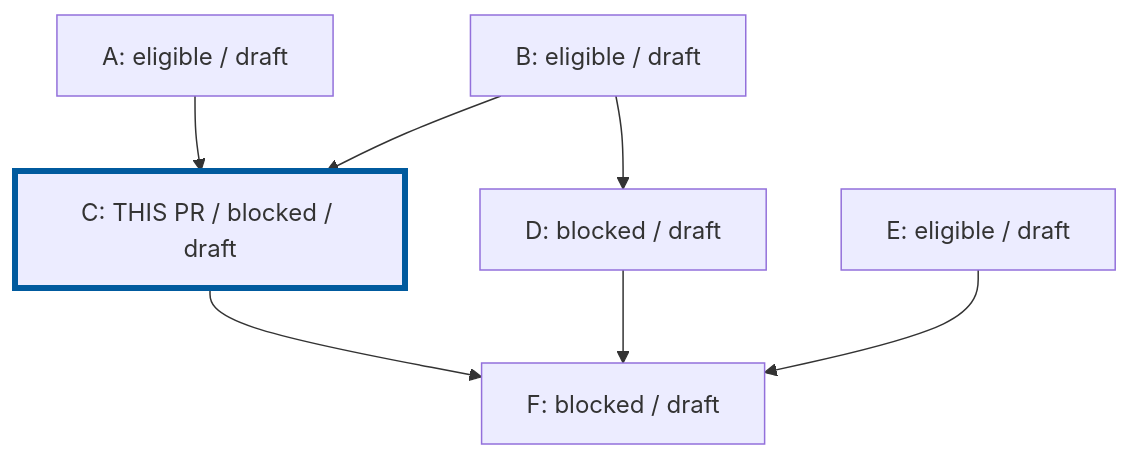
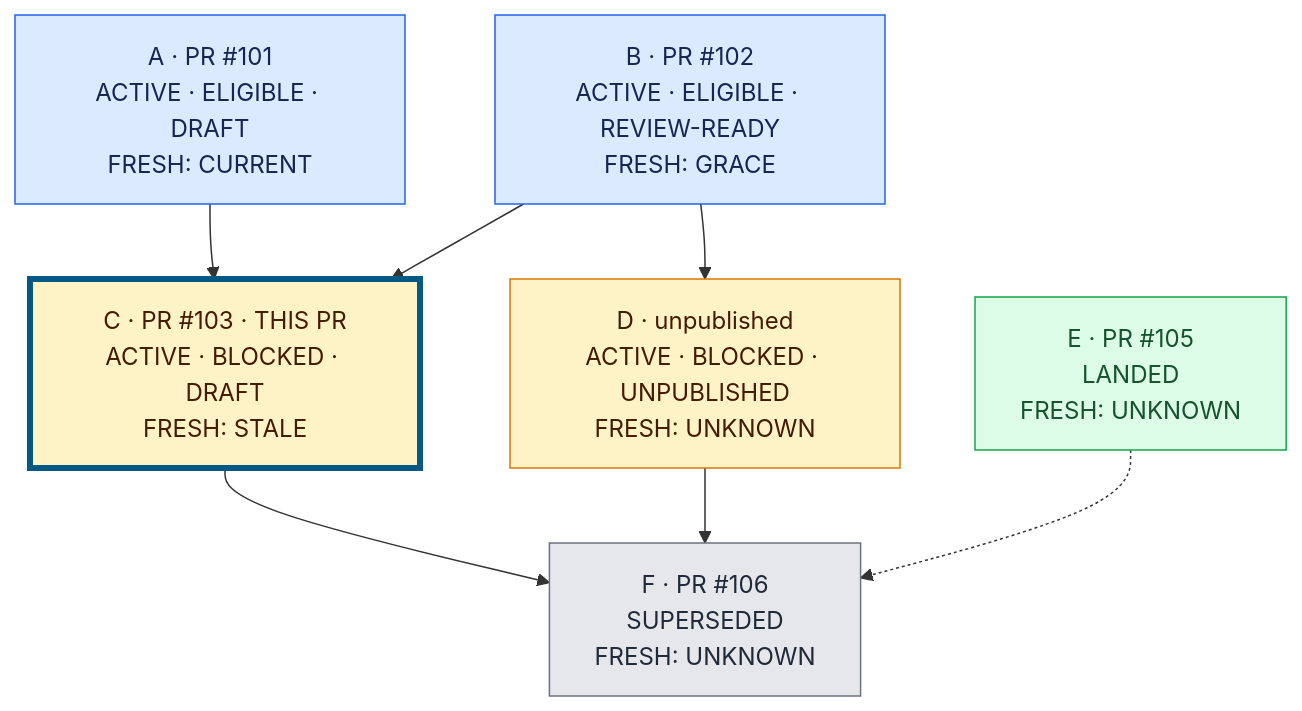
Before and after one commit to khmakoto/copilot-skills: the diagram in skills/pr-graph/references/pr-diagrams.md, drawn with Mermaid. The commit also changed other lines of this file and 2 other files, not shown here.

First line of the commit message:
Improve pr-graph diagram readability (#28)

````diff
--- a/skills/pr-graph/references/pr-diagrams.md
+++ b/skills/pr-graph/references/pr-diagrams.md
@@ -33,17 +56,25 @@
 ```mermaid
 flowchart TD
-    n_a["A: eligible / draft"]
-    n_b["B: eligible / draft"]
-    n_c["C: THIS PR / blocked / draft"]
-    n_d["D: blocked / draft"]
-    n_e["E: eligible / draft"]
-    n_f["F: blocked / draft"]
+    n_a["A · PR #101<br/>ACTIVE · ELIGIBLE · DRAFT<br/>FRESH: CURRENT"]
+    n_b["B · PR #102<br/>ACTIVE · ELIGIBLE · REVIEW-READY<br/>FRESH: GRACE"]
+    n_c["C · PR #103 · THIS PR<br/>ACTIVE · BLOCKED · DRAFT<br/>FRESH: STALE"]
+    n_d["D · unpublished<br/>ACTIVE · BLOCKED · UNPUBLISHED<br/>FRESH: UNKNOWN"]
+    n_e["E · PR #105<br/>LANDED<br/>FRESH: UNKNOWN"]
+    n_f["F · PR #106<br/>SUPERSEDED<br/>FRESH: UNKNOWN"]
     n_a --> n_c
     n_b --> n_c
     n_b --> n_d
     n_c --> n_f
     n_d --> n_f
-    n_e --> n_f
-    classDef current stroke:#005a9e,stroke-width:4px
-    class n_c current
+    n_e -.-> n_f
+    classDef eligible fill:#dbeafe,stroke:#2563eb,color:#172554
+    classDef blocked fill:#fef3c7,stroke:#d97706,color:#451a03
+    classDef landed fill:#dcfce7,stroke:#16a34a,color:#14532d
+    classDef superseded fill:#e5e7eb,stroke:#6b7280,color:#1f2937
+    classDef selected stroke:#075985,stroke-width:4px
+    class n_a,n_b eligible
+    class n_c,n_d blocked
+    class n_e landed
+    class n_f superseded
+    class n_c selected
 ```
````
